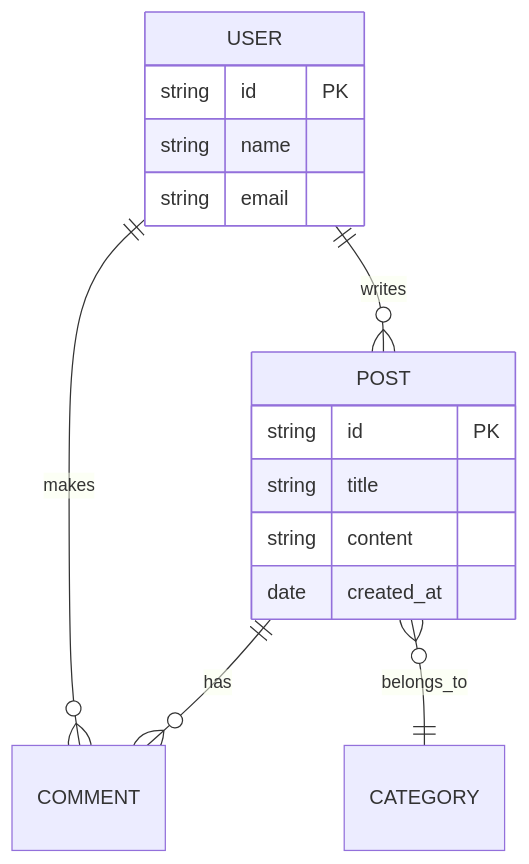
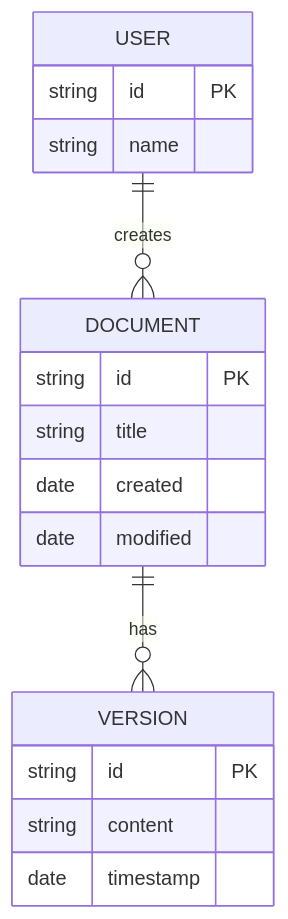
The third of 5 diagrams in src/lib/default-markdown.md (jorgefl8/CodeInk), drawn with Mermaid before and after one commit. The commit also changed other lines of this file, not shown here.

````diff
--- a/src/lib/default-markdown.md
+++ b/src/lib/default-markdown.md
@@ -188,19 +185,20 @@
 ```mermaid
 erDiagram
-    USER ||--o{ POST : writes
-    USER ||--o{ COMMENT : makes
-    POST ||--o{ COMMENT : has
-    POST }o--|| CATEGORY : belongs_to
-
+    DOCUMENT ||--o{ VERSION : has
+    DOCUMENT {
+        string id PK
+        string title
+        date created
+        date modified
+    }
+    VERSION {
+        string id PK
+        string content
+        date timestamp
+    }
+    USER ||--o{ DOCUMENT : creates
     USER {
         string id PK
         string name
-        string email
-    }
-    POST {
-        string id PK
-        string title
-        string content
-        date created_at
     }
 ```
````
